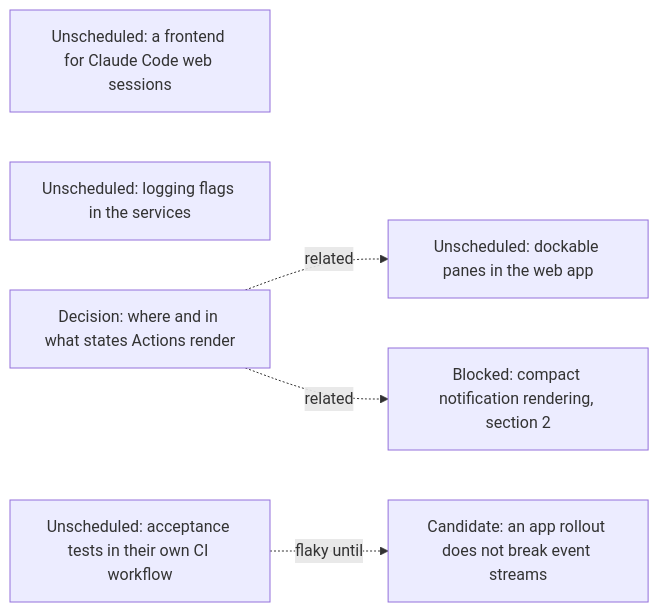
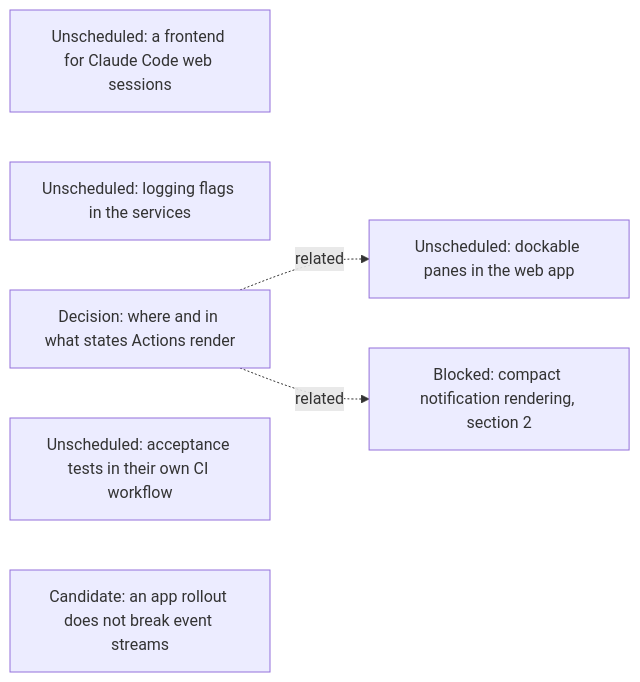
The seventh of 15 diagrams in agentplane/plans/task_dag.md (agentydragon/ducktape), drawn with Mermaid before and after one commit. The commit also changed other lines of this file, not shown here.

First line of the commit message:
agentplane/plans: acceptance in isolation does not depend on the rollout node

````diff
--- a/agentplane/plans/task_dag.md
+++ b/agentplane/plans/task_dag.md
@@ -483,13 +483,12 @@
 ```mermaid
 flowchart LR
     CLAUDE_CODE_WEB_BRIDGE[Unscheduled: a frontend for Claude Code web sessions]
     SERVICE_LOG_FLAGS[Unscheduled: logging flags in the services]
     ACTION_SURFACES_DESIGN[Decision: where and in what states Actions render]
     ISOLATED_ACCEPTANCE_CI[Unscheduled: acceptance tests in their own CI workflow]
     DOCKABLE_PANES[Unscheduled: dockable panes in the web app]
     APP_ROLLOUT_STREAMS[Candidate: an app rollout does not break event streams]
-    ISOLATED_ACCEPTANCE_CI -. flaky until .-> APP_ROLLOUT_STREAMS
     ACTION_SURFACES_DESIGN -. related .-> DOCKABLE_PANES
     NOTIFICATION_PRESENTATION[Blocked: compact notification rendering, section 2]
     ACTION_SURFACES_DESIGN -. related .-> NOTIFICATION_PRESENTATION
 ```
````
